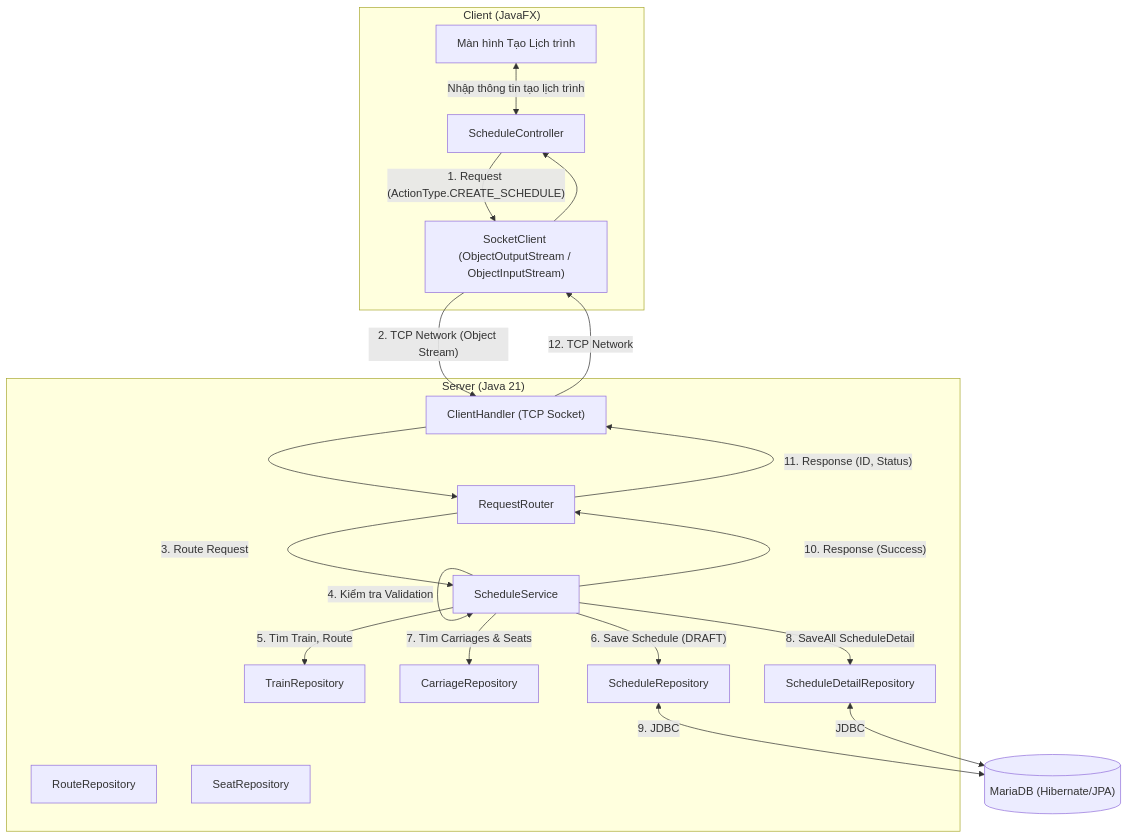
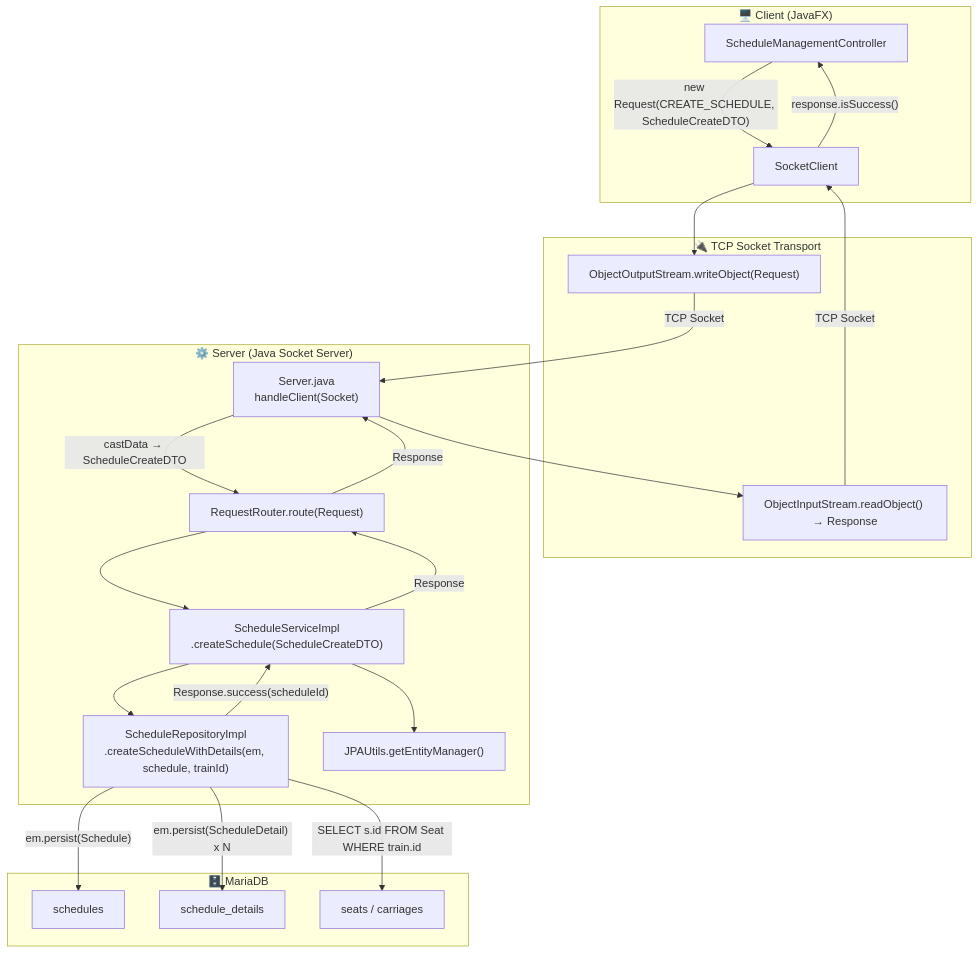
Before and after one commit to Distributed-Programing-Project/railway-reservation-system-server: the first of 3 diagrams in docs/diagrams/sequence/uc006-tao-lich-trinh-tau.md, drawn with Mermaid. The commit also changed other lines of this file and 1 other file, not shown here.

First line of the commit message:
chore(docs): update uc006 usecase doc and sequence diagram

````diff
--- a/docs/diagrams/sequence/uc006-tao-lich-trinh-tau.md
+++ b/docs/diagrams/sequence/uc006-tao-lich-trinh-tau.md
@@ -5,41 +7,43 @@
 ```mermaid
-graph TD
-    subgraph Client ["Client (JavaFX)"]
-        UI["Màn hình Tạo Lịch trình"]
-        Controller["ScheduleController"]
-        ClientSocket["SocketClient (ObjectOutputStream / ObjectInputStream)"]
+graph TB
+    subgraph CLIENT ["🖥️ Client (JavaFX)"]
+        UI["ScheduleManagementController"]
+        SC["SocketClient"]
     end
 
-    subgraph Server ["Server (Java 21)"]
-        ServerSocket["ClientHandler (TCP Socket)"]
-        Router["RequestRouter"]
-        Service["ScheduleService"]
-        RepoSchedule["ScheduleRepository"]
-        RepoTrain["TrainRepository"]
-        RepoRoute["RouteRepository"]
-        RepoCarriage["CarriageRepository"]
-        RepoSeat["SeatRepository"]
-        RepoDetail["ScheduleDetailRepository"]
+    subgraph TRANSPORT ["🔌 TCP Socket Transport"]
+        OOS["ObjectOutputStream.writeObject(Request)"]
+        OIS["ObjectInputStream.readObject() → Response"]
     end
 
-    DB[("MariaDB (Hibernate/JPA)")]
+    subgraph SERVER ["⚙️ Server (Java Socket Server)"]
+        SRV["Server.java\nhandleClient(Socket)"]
+        RR["RequestRouter.route(Request)"]
+        SVC["ScheduleServiceImpl\n.createSchedule(ScheduleCreateDTO)"]
+        REPO["ScheduleRepositoryImpl\n.createScheduleWithDetails(em, schedule, trainId)"]
+        JPA["JPAUtils.getEntityManager()"]
+    end
 
-    UI <-->|"Nhập thông tin tạo lịch trình"| Controller
-    Controller -->|"1. Request (ActionType.CREATE_SCHEDULE)"| ClientSocket
-    ClientSocket -->|"2. TCP Network (Object Stream)"| ServerSocket
-    ServerSocket --> Router
-    Router -->|"3. Route Request"| Service
-    Service -->|"4. Kiểm tra Validation"| Service
-    Service -->|"5. Tìm Train, Route"| RepoTrain
-    Service -->|"6. Save Schedule (DRAFT)"| RepoSchedule
-    Service -->|"7. Tìm Carriages & Seats"| RepoCarriage
-    Service -->|"8. SaveAll ScheduleDetail"| RepoDetail
-    
-    RepoSchedule <-->|"9. JDBC"| DB
-    RepoDetail <-->|"JDBC"| DB
+    subgraph DB ["🗄️ MariaDB"]
+        T_SCH["schedules"]
+        T_DET["schedule_details"]
+        T_SEAT["seats / carriages"]
+    end
 
-    Service -->|"10. Response (Success)"| Router
-    Router -->|"11. Response (ID, Status)"| ServerSocket
-    ServerSocket -->|"12. TCP Network"| ClientSocket
-    ClientSocket --> Controller
+    UI -- "new Request(CREATE_SCHEDULE, ScheduleCreateDTO)" --> SC
+    SC --> OOS
+    OOS -- "TCP Socket" --> SRV
+    SRV -- "castData → ScheduleCreateDTO" --> RR
+    RR --> SVC
+    SVC --> JPA
+    SVC --> REPO
+    REPO -- "em.persist(Schedule)" --> T_SCH
+    REPO -- "SELECT s.id FROM Seat WHERE train.id" --> T_SEAT
+    REPO -- "em.persist(ScheduleDetail) x N" --> T_DET
+    REPO -- "Response.success(scheduleId)" --> SVC
+    SVC -- "Response" --> RR
+    RR -- "Response" --> SRV
+    SRV --> OIS
+    OIS -- "TCP Socket" --> SC
+    SC -- "response.isSuccess()" --> UI
 ```
````
